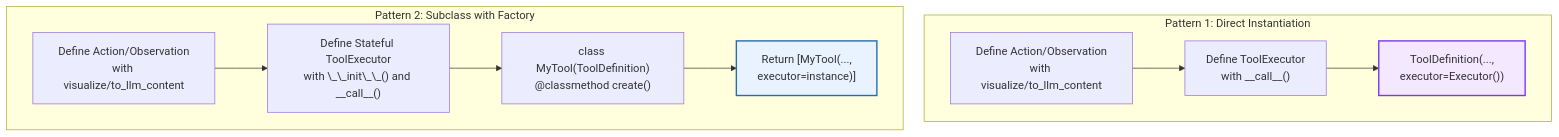
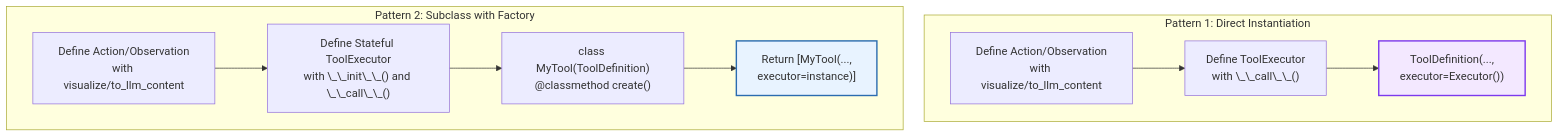
One commit to OpenHands/docs changed the fifth of 10 diagrams in sdk/arch/tool-system.mdx. Above: the diagram before and after it, drawn with Mermaid. The commit also changed other lines of this file, not shown here.

Commit message:
done with tool system

````diff
--- a/sdk/arch/tool-system.mdx
+++ b/sdk/arch/tool-system.mdx
@@ -170,26 +176,26 @@
 ```mermaid
 %%{init: {"theme": "default", "flowchart": {"nodeSpacing": 30}} }%%
 flowchart TB
     subgraph Pattern1["Pattern 1: Direct Instantiation"]
         P1A["Define Action/Observation<br>with visualize/to_llm_content"]
-        P1E["Define ToolExecutor<br>with __call__()"]
+        P1E["Define ToolExecutor<br>with \_\_call\_\_()"]
         P1T["ToolDefinition(...,<br>executor=Executor())"]
     end
     
     subgraph Pattern2["Pattern 2: Subclass with Factory"]
         P2A["Define Action/Observation<br>with visualize/to_llm_content"]
-        P2E["Define Stateful ToolExecutor<br>with \_\_init\_\_() and __call__()"]
+        P2E["Define Stateful ToolExecutor<br>with \_\_init\_\_() and \_\_call\_\_()"]
         P2C["class MyTool(ToolDefinition)<br>@classmethod create()"]
         P2I["Return [MyTool(...,<br>executor=instance)]"]
     end
     
     P1A --> P1E
     P1E --> P1T
     
     P2A --> P2E
     P2E --> P2C
     P2C --> P2I
     
     style P1T fill:#f3e8ff,stroke:#7c3aed,stroke-width:2px
     style P2I fill:#e8f3ff,stroke:#2b6cb0,stroke-width:2px
 ```
````
